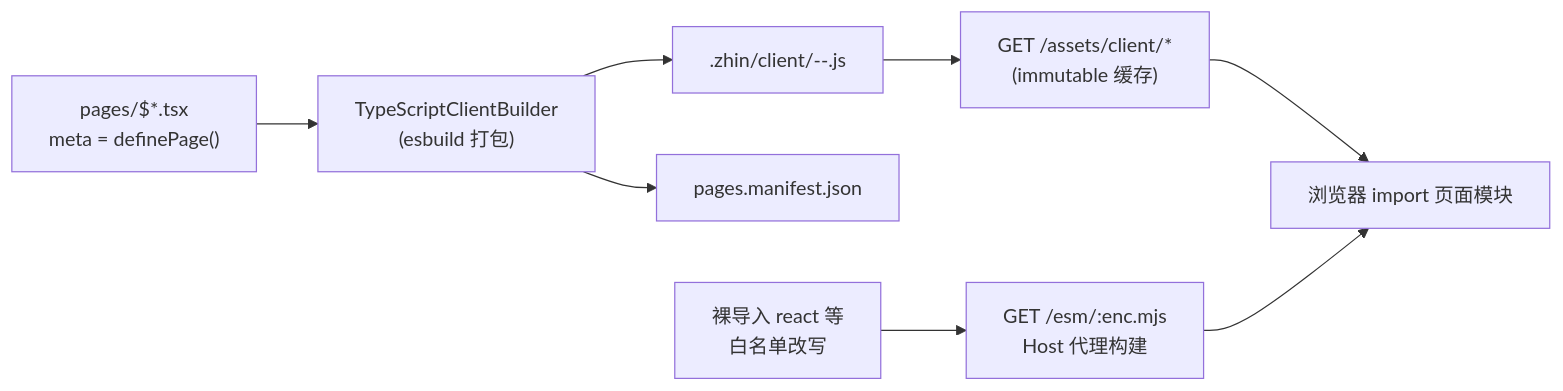
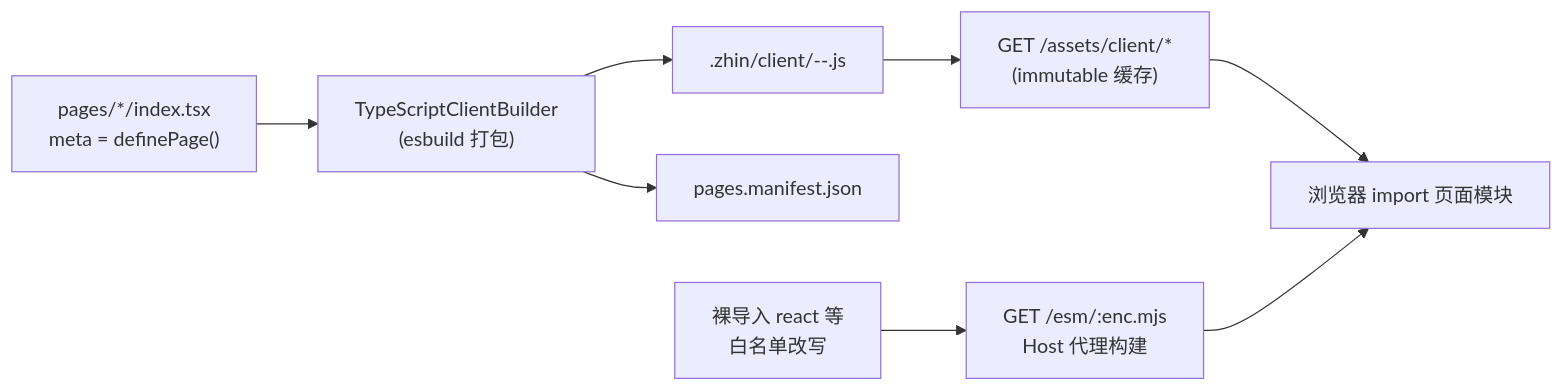
Before and after one commit to zhinjs/zhin: the diagram in docs/authoring/console-pages.md, drawn with Mermaid. The commit also changed other lines of this file and 1011 other files, not shown here.

````diff
--- a/docs/authoring/console-pages.md
+++ b/docs/authoring/console-pages.md
@@ -61,10 +61,10 @@
 ```mermaid
 flowchart LR
-    A["pages/$*.tsx<br/>meta = definePage()"] --> B["TypeScriptClientBuilder<br/>(esbuild 打包)"]
+    A["pages/*/index.tsx<br/>meta = definePage()"] --> B["TypeScriptClientBuilder<br/>(esbuild 打包)"]
     B --> C[".zhin/client/<owner>-<name>-<hash>.js"]
     B --> D["pages.manifest.json"]
     C --> E["GET /assets/client/*<br/>(immutable 缓存)"]
     F["裸导入 react 等<br/>白名单改写"] --> G["GET /esm/:enc.mjs<br/>Host 代理构建"]
     E --> H[浏览器 import 页面模块]
     G --> H
 ```
````
